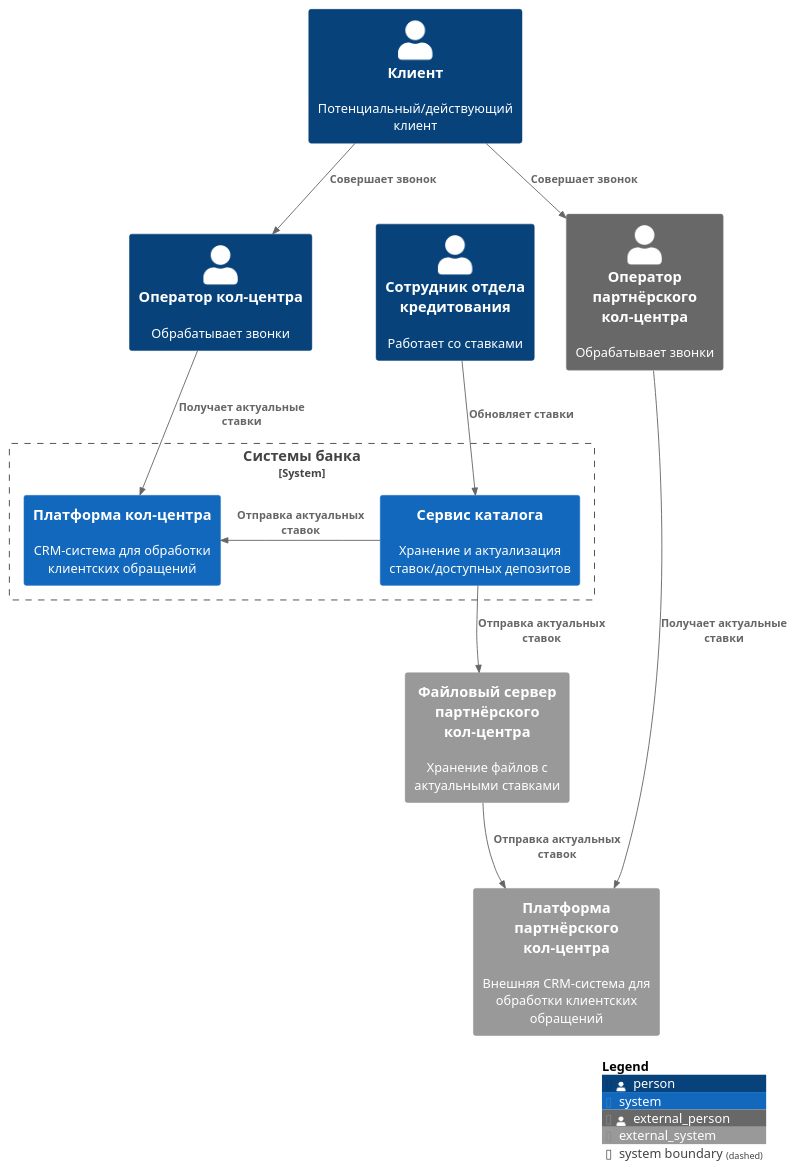
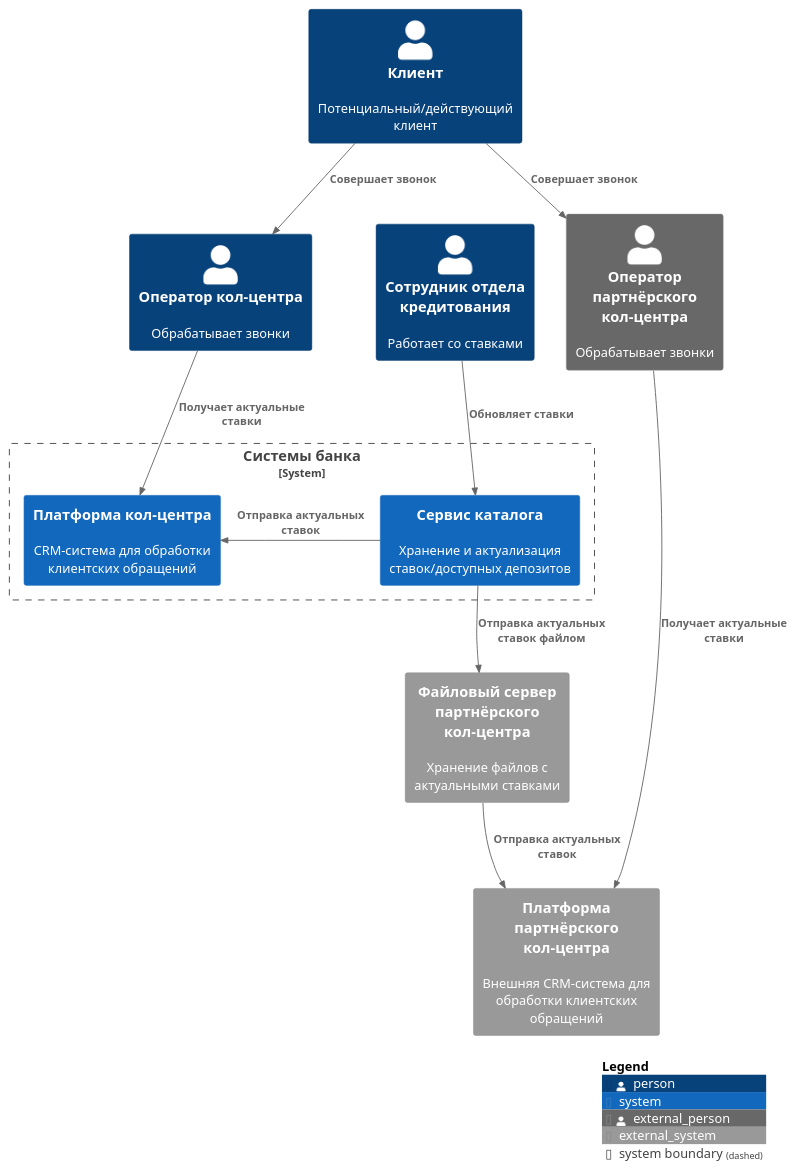
The diagram in Task4/C4_Context.puml (santechniqueue/architecture-pro-standart), drawn with PlantUML before and after one commit. The commit also changed 6 other files, not shown here.

```diff
--- a/Task4/C4_Context.puml
+++ b/Task4/C4_Context.puml
@@ -1,31 +1,31 @@
 @startuml C4_Context_Deposits
 !includeurl https://raw.githubusercontent.com/plantuml-stdlib/C4-PlantUML/master/C4_Context.puml
 
 Person(Client, "Клиент", "Потенциальный/действующий клиент")
 Person(CallCentreEmployee, "Оператор кол-центра", "Обрабатывает звонки")
 Person(CreditOfficeEmployee, "Сотрудник отдела кредитования", "Работает со ставками")
 Person_Ext(ExternalOperator, "Оператор партнёрского кол-центра", "Обрабатывает звонки")
 
 System_Boundary(BankSystem, "Системы банка") {
     System(CallCentre, "Платформа кол‑центра", "CRM-система для обработки клиентских обращений")
     System(Catalog, "Сервис каталога", "Хранение и актуализация ставок/доступных депозитов")
 }
 
 System_Ext(ExternalSFTP, "Файловый сервер партнёрского кол-центра", "Хранение файлов с актуальными ставками")
 System_Ext(ExternalCallCentre, "Платформа партнёрского кол-центра", "Внешняя CRM-система для обработки клиентских обращений")
 
 
 'Actors rel
 Rel(Client, CallCentreEmployee, "Совершает звонок")
 Rel(Client, ExternalOperator, "Совершает звонок")
 Rel(CreditOfficeEmployee, Catalog, "Обновляет ставки")
 Rel(CallCentreEmployee, CallCentre, "Получает актуальные ставки")
 Rel(ExternalOperator, ExternalCallCentre, "Получает актуальные ставки")
 
 'Systems rel
 Rel_L(Catalog, CallCentre, "Отправка актуальных ставок")
-Rel(Catalog, ExternalSFTP, "Отправка актуальных ставок")
+Rel(Catalog, ExternalSFTP, "Отправка актуальных ставок файлом")
 Rel(ExternalSFTP, ExternalCallCentre, "Отправка актуальных ставок")
 
 SHOW_LEGEND()
 @enduml
```
